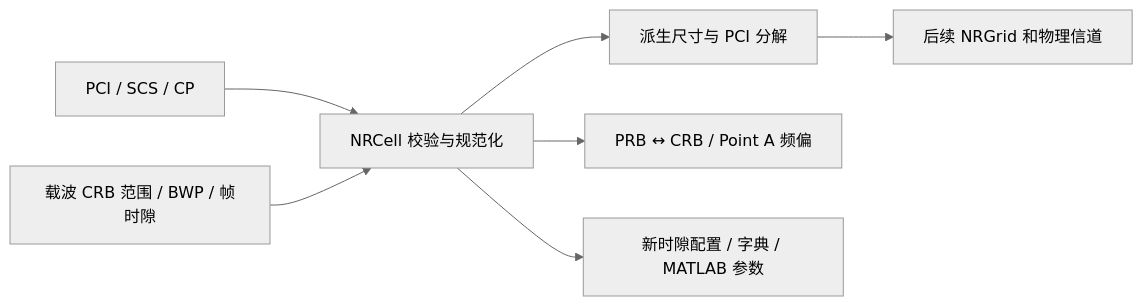
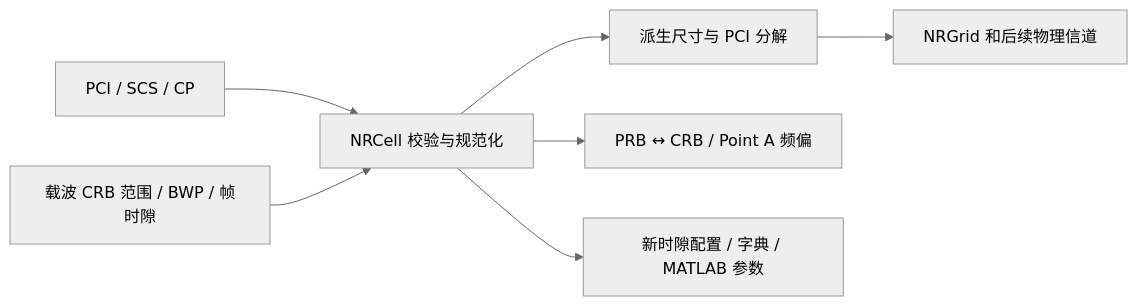
Before and after one commit to gxymmd1995-max/NR-GPT: the diagram in src/cell/NRCell.md, drawn with Mermaid (neutral theme). The commit also changed other lines of this file and 32 other files, not shown here.

````diff
--- a/src/cell/NRCell.md
+++ b/src/cell/NRCell.md
@@ -17,9 +17,9 @@
 ```mermaid
 flowchart LR
     A[PCI / SCS / CP] --> C[NRCell 校验与规范化]
     B[载波 CRB 范围 / BWP / 帧时隙] --> C
     C --> D[派生尺寸与 PCI 分解]
     C --> E[PRB ↔ CRB / Point A 频偏]
     C --> F[新时隙配置 / 字典 / MATLAB 参数]
-    D --> G[后续 NRGrid 和物理信道]
+    D --> G[NRGrid 和后续物理信道]
 ```
````
